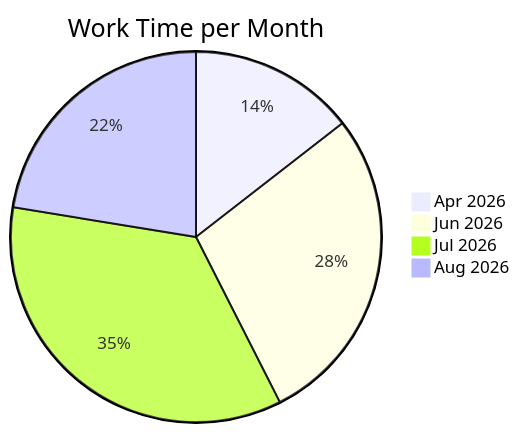
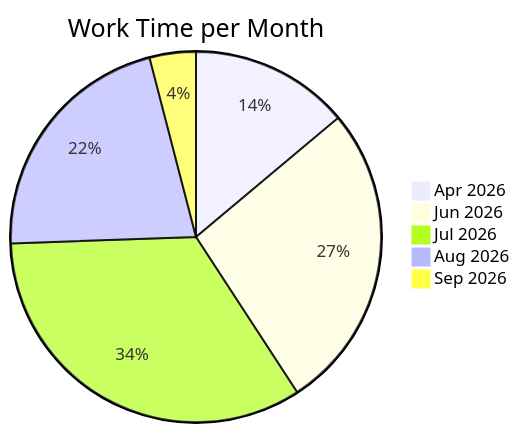
One commit to notWetro/time-tracker changed the diagram in README.md. Above: the diagram before and after it, drawn with Mermaid. The commit also changed other lines of this file and 1 other file, not shown here.

Commit message:
updated worktime

````diff
--- a/README.md
+++ b/README.md
@@ -12,8 +13,9 @@
 ```mermaid
 pie
     title Work Time per Month
     "Apr 2026" : 3.1
     "Jun 2026" : 6.0
     "Jul 2026" : 7.5
     "Aug 2026" : 4.8
+    "Sep 2026" : 0.9
 ```
````
